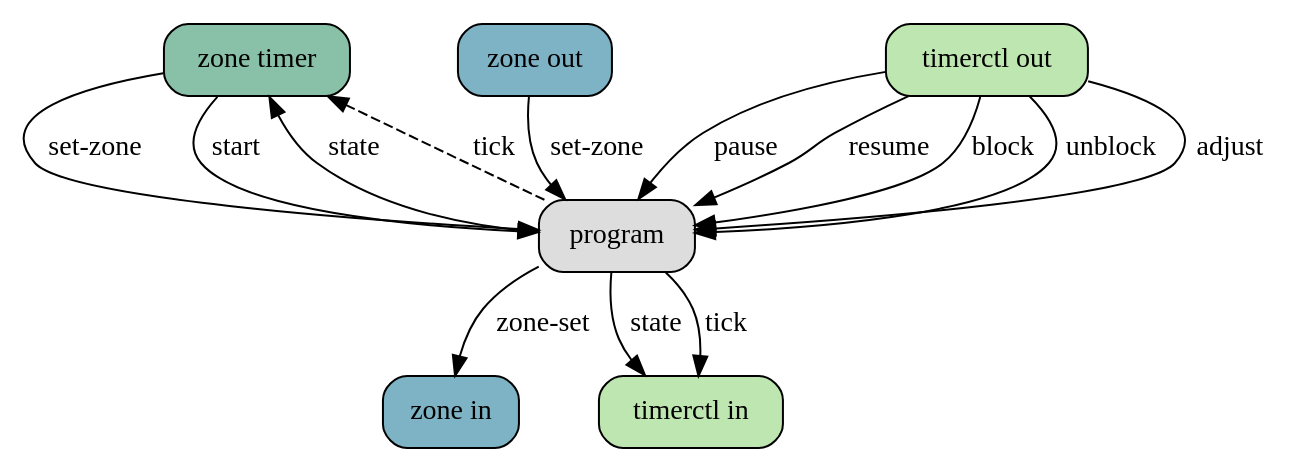
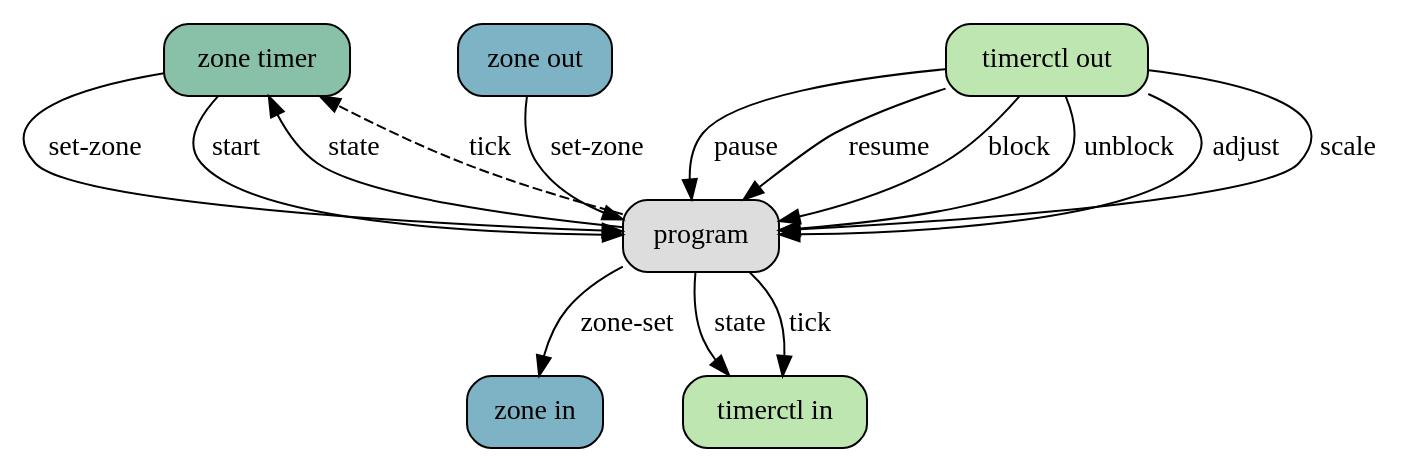
The diagram in screenshots/bigdiagram.gv (rianadon/node-red-contrib-sprinkler), drawn with Graphviz before and after one commit. The commit also changed 12 other files, not shown here.

```diff
--- a/screenshots/bigdiagram.gv
+++ b/screenshots/bigdiagram.gv
@@ -1,23 +1,24 @@
 digraph G {
     graph [rankdir=TB]
     "zone timer" [shape=Mrecord,style=filled,fillcolor="#89C1A8"];
     "zone out" [shape=Mrecord,style=filled,fillcolor="#7DB3C4"];
     "zone in" [shape=Mrecord,style=filled,fillcolor="#7DB3C4"];
     "timerctl in" [shape=Mrecord,style=filled,fillcolor="#BEE6B0"];
     "timerctl out" [shape=Mrecord,style=filled,fillcolor="#BEE6B0"];
     program [shape=Mrecord,style=filled,fillcolor="#DDDDDD"];
 
     "zone timer" -> program [label="set-zone"];
     "zone timer" -> program [label="start"];
     program -> "zone timer" [label="state"];
     program -> "zone timer" [style=dashed,label="tick"];
     "zone out" -> program [label="set-zone"];
     program -> "zone in" [label="zone-set"];
     "timerctl out" -> program [label="pause"];
     "timerctl out" -> program [label="resume"];
     "timerctl out" -> program [label="block"];
     "timerctl out" -> program [label="unblock"];
     "timerctl out" -> program [label="adjust"];
+    "timerctl out" -> program [label="scale"];
     program -> "timerctl in" [label="state"];
     program -> "timerctl in" [label="tick"];
 }
```
